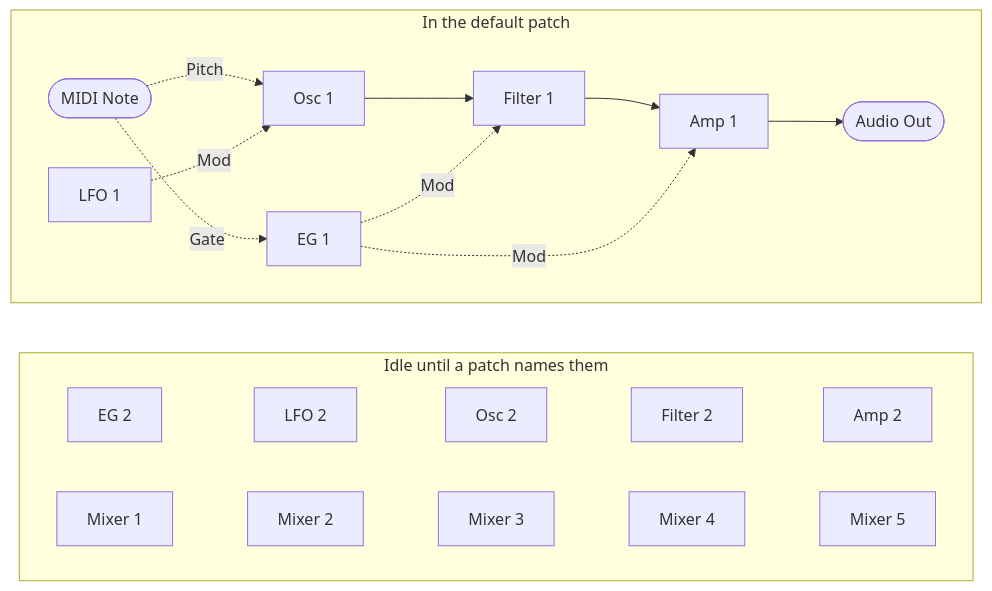
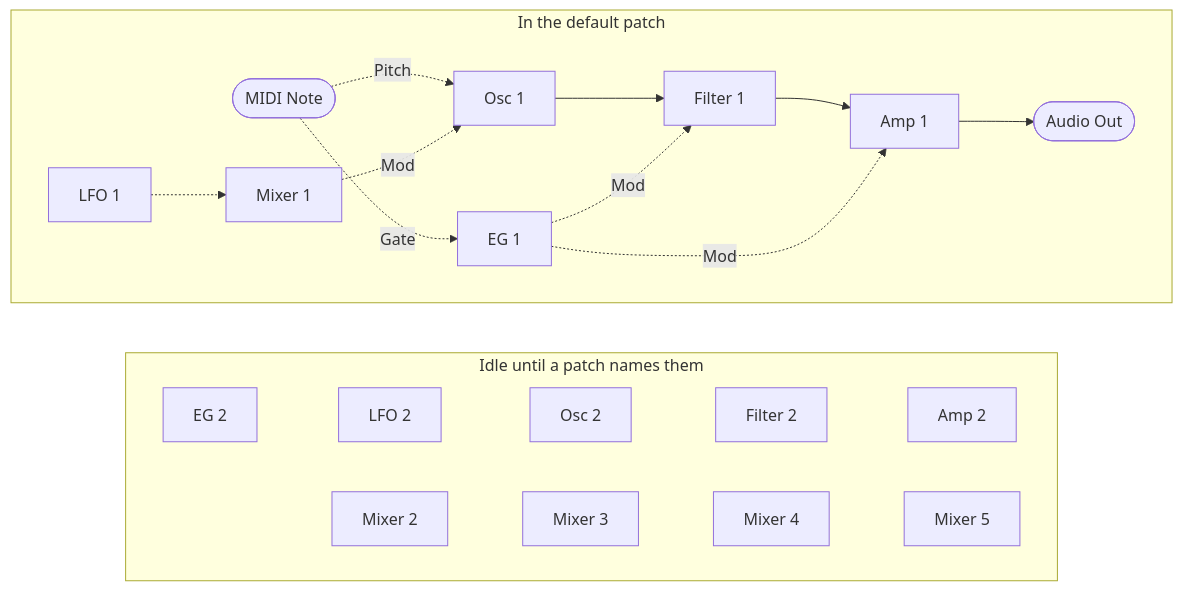
One commit to risgk/midi_synthesizer_spms1 changed the second of 2 diagrams in spms1_type0/README.md. Above: the diagram before and after it, drawn with Mermaid. The commit also changed other lines of this file and 3 other files, not shown here.

First line of the commit message:
type-0: Give Osc Mod Amt the full pitch range

````diff
--- a/spms1_type0/README.md
+++ b/spms1_type0/README.md
@@ -123,19 +129,19 @@
 ```mermaid
 flowchart TB
   subgraph patched [In the default patch]
     direction LR
     NOTE([MIDI Note])
     OSC1[Osc 1] --> FILTER1[Filter 1] --> AMP1[Amp 1] --> OUT([Audio Out])
     NOTE -. Gate .-> EG1[EG 1]
     NOTE -. Pitch .-> OSC1
-    LFO1[LFO 1] -. Mod .-> OSC1
+    LFO1[LFO 1] -.-> MIX1[Mixer 1] -. Mod .-> OSC1
     EG1 -. Mod .-> FILTER1
     EG1 -. Mod .-> AMP1
   end
   subgraph spare [Idle until a patch names them]
     direction LR
     EG2[EG 2] ~~~ LFO2[LFO 2] ~~~ OSC2[Osc 2] ~~~ FILTER2[Filter 2] ~~~ AMP2[Amp 2]
-    MIX1[Mixer 1] ~~~ MIX2[Mixer 2] ~~~ MIX3[Mixer 3] ~~~ MIX4[Mixer 4] ~~~ MIX5[Mixer 5]
+    MIX2[Mixer 2] ~~~ MIX3[Mixer 3] ~~~ MIX4[Mixer 4] ~~~ MIX5[Mixer 5]
   end
   patched ~~~ spare
 ```
````
